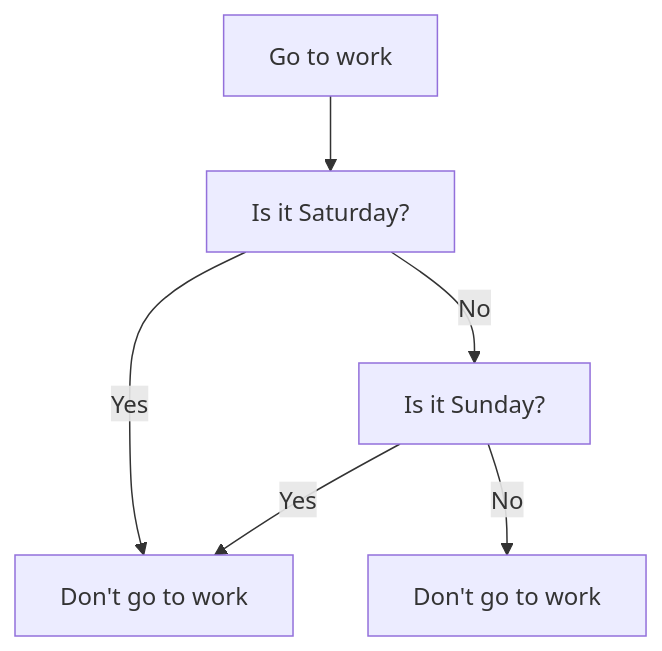
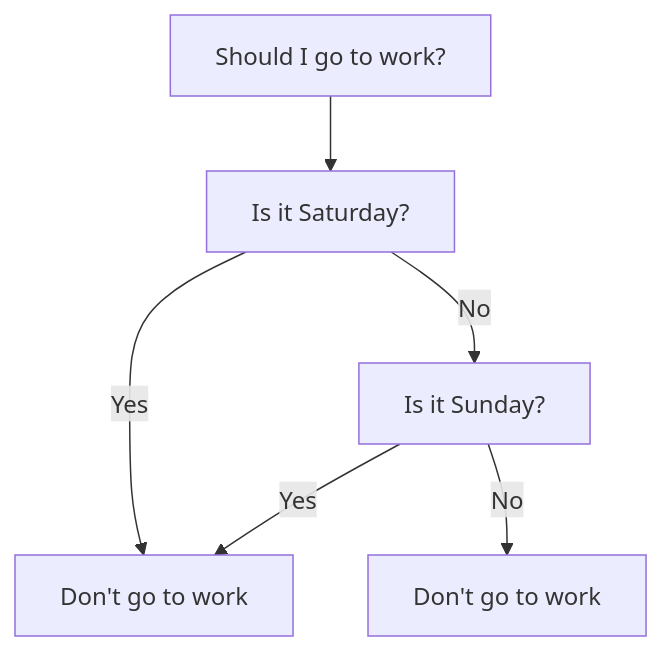
Before and after one commit to harwoodjp/mermaid-test: the diagram in README.md, drawn with Mermaid.

````diff
--- a/README.md
+++ b/README.md
@@ -1,8 +1,8 @@
 ```mermaid
 flowchart TD
-  A[Go to work] --> B[Is it Saturday?];
+  A[Should I go to work?] --> B[Is it Saturday?];
   B -- Yes --> C[Don't go to work];
   B -- No --> D[Is it Sunday?];
   D -- Yes --> C;
   D -- No --> E[Don't go to work];
 ```
````
